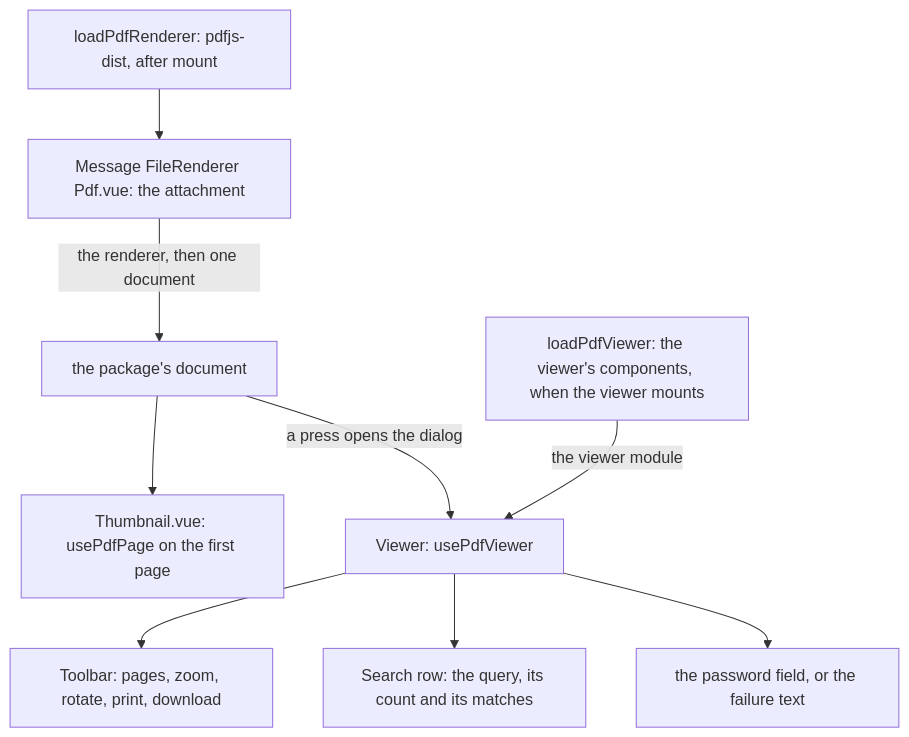
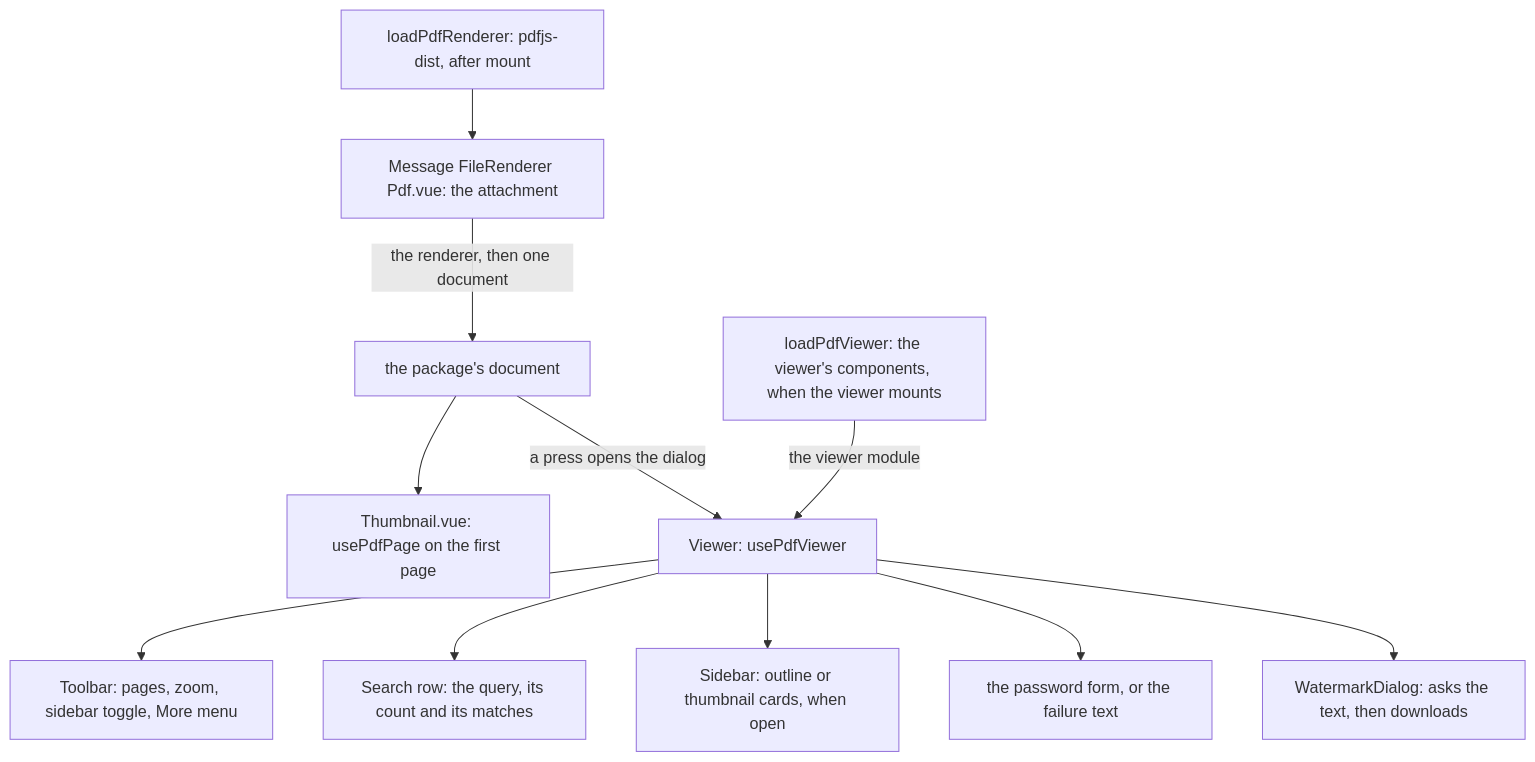
One commit to Esposter/Esposter changed the diagram in openspec/specs/architecture/pdf-viewer/design.md. Above: the diagram before and after it, drawn with Mermaid. The commit also changed other lines of this file and 3 other files, not shown here.

````diff
--- a/openspec/specs/architecture/pdf-viewer/design.md
+++ b/openspec/specs/architecture/pdf-viewer/design.md
@@ -15,11 +15,13 @@
 ```mermaid
 flowchart TD
   loader["loadPdfRenderer: pdfjs-dist, after mount"] --> attachment["Message FileRenderer Pdf.vue: the attachment"]
   attachment -->|"the renderer, then one document"| document["the package's document"]
   document --> thumbnail["Thumbnail.vue: usePdfPage on the first page"]
   document -->|"a press opens the dialog"| viewer["Viewer: usePdfViewer"]
   viewerLoader["loadPdfViewer: the viewer's components, when the viewer mounts"] -->|"the viewer module"| viewer
-  viewer --> toolbar["Toolbar: pages, zoom, rotate, print, download"]
+  viewer --> toolbar["Toolbar: pages, zoom, sidebar toggle, More menu"]
   viewer --> search["Search row: the query, its count and its matches"]
-  viewer --> prompt["the password field, or the failure text"]
+  viewer --> sidebar["Sidebar: outline or thumbnail cards, when open"]
+  viewer --> prompt["the password form, or the failure text"]
+  viewer --> watermark["WatermarkDialog: asks the text, then downloads"]
 ```
````
